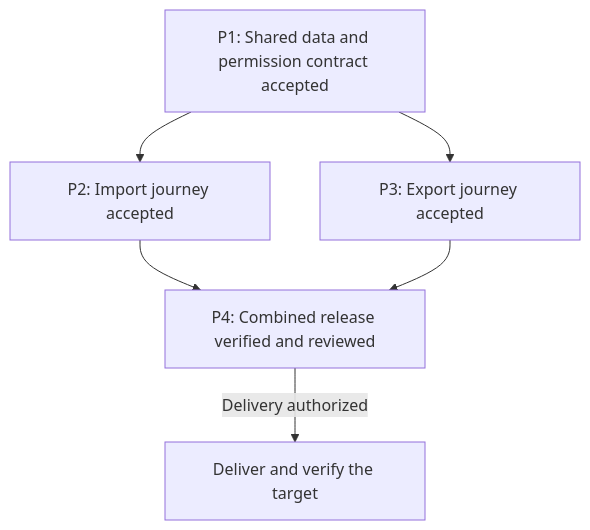
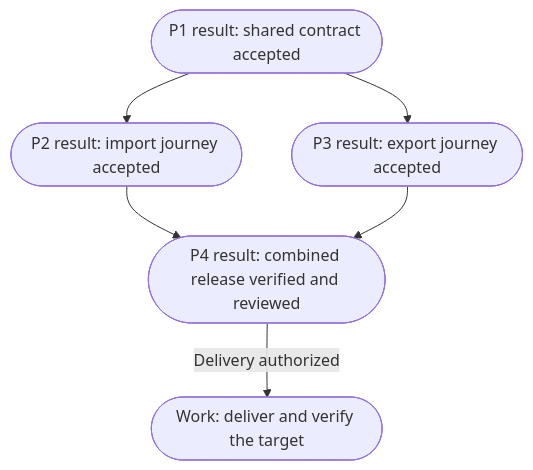
The first of 3 diagrams in docs/workflows.md (bobalazek/skills), drawn with Mermaid before and after one commit. The commit also changed other lines of this file and 5 other files, not shown here.

````diff
--- a/docs/workflows.md
+++ b/docs/workflows.md
@@ -86,8 +142,8 @@
 ```mermaid
 flowchart TD
-  P1["P1: Shared data and permission contract accepted"] --> P2["P2: Import journey accepted"]
-  P1 --> P3["P3: Export journey accepted"]
-  P2 --> P4["P4: Combined release verified and reviewed"]
+  P1(["P1 result: shared contract accepted"]) --> P2(["P2 result: import journey accepted"])
+  P1 --> P3(["P3 result: export journey accepted"])
+  P2 --> P4(["P4 result: combined release verified and reviewed"])
   P3 --> P4
-  P4 -->|Delivery authorized| Deliver["Deliver and verify the target"]
+  P4 -->|Delivery authorized| Deliver(["Work: deliver and verify the target"])
 ```
````
